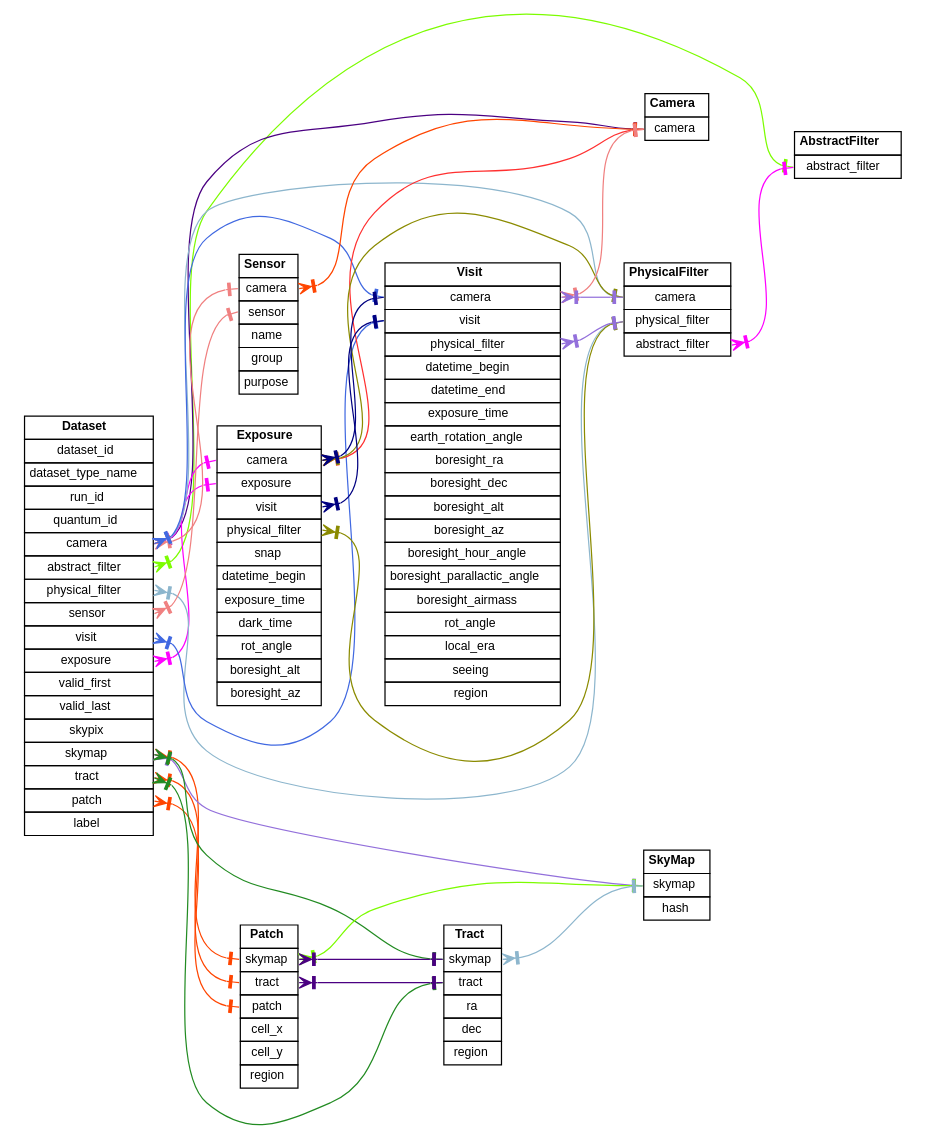
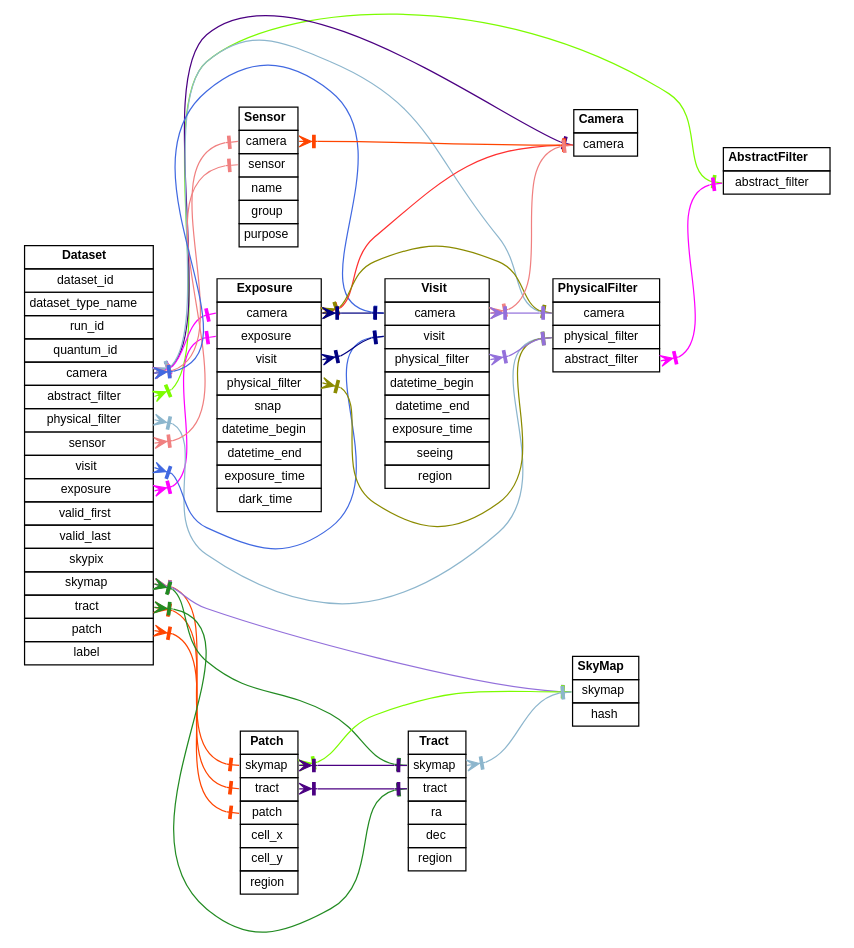
One commit to lsst-dm/dmtn-073 changed the diagram in generated/relationships-dataUnitsOnly.dot. Above: the diagram before and after it, drawn with Graphviz. The commit also changed 8 other files, not shown here.

Commit message:
Pick up schema updates from daf_butler.

```diff
--- a/generated/relationships-dataUnitsOnly.dot
+++ b/generated/relationships-dataUnitsOnly.dot
@@ -1,166 +1,154 @@
 digraph relationships
 {
   node [shape=plaintext fontname=helvetica fontsize=10]
   edge [dir=both]
   rankdir=LR
   concentrate=false
   AbstractFilter
   [label=<
     <table border="0" cellborder="1" cellpadding="3" cellspacing="0">
       <tr><td><b>AbstractFilter</b></td></tr>
       <tr><td port="abstract_filter">abstract_filter</td></tr>
     </table>
   >];
   Camera
   [label=<
     <table border="0" cellborder="1" cellpadding="3" cellspacing="0">
       <tr><td><b>Camera</b></td></tr>
       <tr><td port="camera">camera</td></tr>
     </table>
   >];
   Dataset
   [label=<
     <table border="0" cellborder="1" cellpadding="3" cellspacing="0">
       <tr><td><b>Dataset</b></td></tr>
       <tr><td port="dataset_id">dataset_id</td></tr>
       <tr><td port="dataset_type_name">dataset_type_name</td></tr>
       <tr><td port="run_id">run_id</td></tr>
       <tr><td port="quantum_id">quantum_id</td></tr>
       <tr><td port="camera">camera</td></tr>
       <tr><td port="abstract_filter">abstract_filter</td></tr>
       <tr><td port="physical_filter">physical_filter</td></tr>
       <tr><td port="sensor">sensor</td></tr>
       <tr><td port="visit">visit</td></tr>
       <tr><td port="exposure">exposure</td></tr>
       <tr><td port="valid_first">valid_first</td></tr>
       <tr><td port="valid_last">valid_last</td></tr>
       <tr><td port="skypix">skypix</td></tr>
       <tr><td port="skymap">skymap</td></tr>
       <tr><td port="tract">tract</td></tr>
       <tr><td port="patch">patch</td></tr>
       <tr><td port="label">label</td></tr>
     </table>
   >];
   Exposure
   [label=<
     <table border="0" cellborder="1" cellpadding="3" cellspacing="0">
       <tr><td><b>Exposure</b></td></tr>
       <tr><td port="camera">camera</td></tr>
       <tr><td port="exposure">exposure</td></tr>
       <tr><td port="visit">visit</td></tr>
       <tr><td port="physical_filter">physical_filter</td></tr>
       <tr><td port="snap">snap</td></tr>
       <tr><td port="datetime_begin">datetime_begin</td></tr>
+      <tr><td port="datetime_end">datetime_end</td></tr>
       <tr><td port="exposure_time">exposure_time</td></tr>
       <tr><td port="dark_time">dark_time</td></tr>
-      <tr><td port="rot_angle">rot_angle</td></tr>
-      <tr><td port="boresight_alt">boresight_alt</td></tr>
-      <tr><td port="boresight_az">boresight_az</td></tr>
     </table>
   >];
   Patch
   [label=<
     <table border="0" cellborder="1" cellpadding="3" cellspacing="0">
       <tr><td><b>Patch</b></td></tr>
       <tr><td port="skymap">skymap</td></tr>
       <tr><td port="tract">tract</td></tr>
       <tr><td port="patch">patch</td></tr>
       <tr><td port="cell_x">cell_x</td></tr>
       <tr><td port="cell_y">cell_y</td></tr>
       <tr><td port="region">region</td></tr>
     </table>
   >];
   PhysicalFilter
   [label=<
     <table border="0" cellborder="1" cellpadding="3" cellspacing="0">
       <tr><td><b>PhysicalFilter</b></td></tr>
       <tr><td port="camera">camera</td></tr>
       <tr><td port="physical_filter">physical_filter</td></tr>
       <tr><td port="abstract_filter">abstract_filter</td></tr>
     </table>
   >];
   Sensor
   [label=<
     <table border="0" cellborder="1" cellpadding="3" cellspacing="0">
       <tr><td><b>Sensor</b></td></tr>
       <tr><td port="camera">camera</td></tr>
       <tr><td port="sensor">sensor</td></tr>
       <tr><td port="name">name</td></tr>
       <tr><td port="group">group</td></tr>
       <tr><td port="purpose">purpose</td></tr>
     </table>
   >];
   SkyMap
   [label=<
     <table border="0" cellborder="1" cellpadding="3" cellspacing="0">
       <tr><td><b>SkyMap</b></td></tr>
       <tr><td port="skymap">skymap</td></tr>
       <tr><td port="hash">hash</td></tr>
     </table>
   >];
   Tract
   [label=<
     <table border="0" cellborder="1" cellpadding="3" cellspacing="0">
       <tr><td><b>Tract</b></td></tr>
       <tr><td port="skymap">skymap</td></tr>
       <tr><td port="tract">tract</td></tr>
       <tr><td port="ra">ra</td></tr>
       <tr><td port="dec">dec</td></tr>
       <tr><td port="region">region</td></tr>
     </table>
   >];
   Visit
   [label=<
     <table border="0" cellborder="1" cellpadding="3" cellspacing="0">
       <tr><td><b>Visit</b></td></tr>
       <tr><td port="camera">camera</td></tr>
       <tr><td port="visit">visit</td></tr>
       <tr><td port="physical_filter">physical_filter</td></tr>
       <tr><td port="datetime_begin">datetime_begin</td></tr>
       <tr><td port="datetime_end">datetime_end</td></tr>
       <tr><td port="exposure_time">exposure_time</td></tr>
-      <tr><td port="earth_rotation_angle">earth_rotation_angle</td></tr>
-      <tr><td port="boresight_ra">boresight_ra</td></tr>
-      <tr><td port="boresight_dec">boresight_dec</td></tr>
-      <tr><td port="boresight_alt">boresight_alt</td></tr>
-      <tr><td port="boresight_az">boresight_az</td></tr>
-      <tr><td port="boresight_hour_angle">boresight_hour_angle</td></tr>
-      <tr><td port="boresight_parallactic_angle">boresight_parallactic_angle</td></tr>
-      <tr><td port="boresight_airmass">boresight_airmass</td></tr>
-      <tr><td port="rot_angle">rot_angle</td></tr>
-      <tr><td port="local_era">local_era</td></tr>
       <tr><td port="seeing">seeing</td></tr>
       <tr><td port="region">region</td></tr>
     </table>
   >];
   Dataset:abstract_filter -> AbstractFilter:abstract_filter [arrowtail=crowtee arrowhead=nonetee color=lawngreen]
   Dataset:camera -> Camera:camera [arrowtail=crowtee arrowhead=nonetee color=indigo]
   Dataset:camera -> Exposure:camera [arrowtail=crowtee arrowhead=nonetee color=magenta1]
   Dataset:exposure -> Exposure:exposure [arrowtail=crowtee arrowhead=nonetee color=magenta1]
   Dataset:skymap -> Patch:skymap [arrowtail=crowtee arrowhead=nonetee color=orangered]
   Dataset:tract -> Patch:tract [arrowtail=crowtee arrowhead=nonetee color=orangered]
   Dataset:patch -> Patch:patch [arrowtail=crowtee arrowhead=nonetee color=orangered]
   Dataset:camera -> PhysicalFilter:camera [arrowtail=crowtee arrowhead=nonetee color=lightskyblue3]
   Dataset:physical_filter -> PhysicalFilter:physical_filter [arrowtail=crowtee arrowhead=nonetee color=lightskyblue3]
   Dataset:camera -> Sensor:camera [arrowtail=crowtee arrowhead=nonetee color=lightcoral]
   Dataset:sensor -> Sensor:sensor [arrowtail=crowtee arrowhead=nonetee color=lightcoral]
   Dataset:skymap -> SkyMap:skymap [arrowtail=crowtee arrowhead=nonetee color=mediumpurple]
   Dataset:skymap -> Tract:skymap [arrowtail=crowtee arrowhead=nonetee color=forestgreen]
   Dataset:tract -> Tract:tract [arrowtail=crowtee arrowhead=nonetee color=forestgreen]
   Dataset:camera -> Visit:camera [arrowtail=crowtee arrowhead=nonetee color=royalblue]
   Dataset:visit -> Visit:visit [arrowtail=crowtee arrowhead=nonetee color=royalblue]
   Exposure:camera -> Camera:camera [arrowtail=crowtee arrowhead=nonetee color=firebrick1]
   Exposure:camera -> PhysicalFilter:camera [arrowtail=crowtee arrowhead=nonetee color=yellow4]
   Exposure:physical_filter -> PhysicalFilter:physical_filter [arrowtail=crowtee arrowhead=nonetee color=yellow4]
   Exposure:camera -> Visit:camera [arrowtail=crowtee arrowhead=nonetee color=navyblue]
   Exposure:visit -> Visit:visit [arrowtail=crowtee arrowhead=nonetee color=navyblue]
   Patch:skymap -> SkyMap:skymap [arrowtail=crowtee arrowhead=nonetee color=lawngreen]
   Patch:skymap -> Tract:skymap [arrowtail=crowtee arrowhead=nonetee color=indigo]
   Patch:tract -> Tract:tract [arrowtail=crowtee arrowhead=nonetee color=indigo]
   PhysicalFilter:abstract_filter -> AbstractFilter:abstract_filter [arrowtail=crowtee arrowhead=nonetee color=magenta1]
   Sensor:camera -> Camera:camera [arrowtail=crowtee arrowhead=nonetee color=orangered]
   Tract:skymap -> SkyMap:skymap [arrowtail=crowtee arrowhead=nonetee color=lightskyblue3]
   Visit:camera -> Camera:camera [arrowtail=crowtee arrowhead=nonetee color=lightcoral]
   Visit:camera -> PhysicalFilter:camera [arrowtail=crowtee arrowhead=nonetee color=mediumpurple]
   Visit:physical_filter -> PhysicalFilter:physical_filter [arrowtail=crowtee arrowhead=nonetee color=mediumpurple]
 }
```
